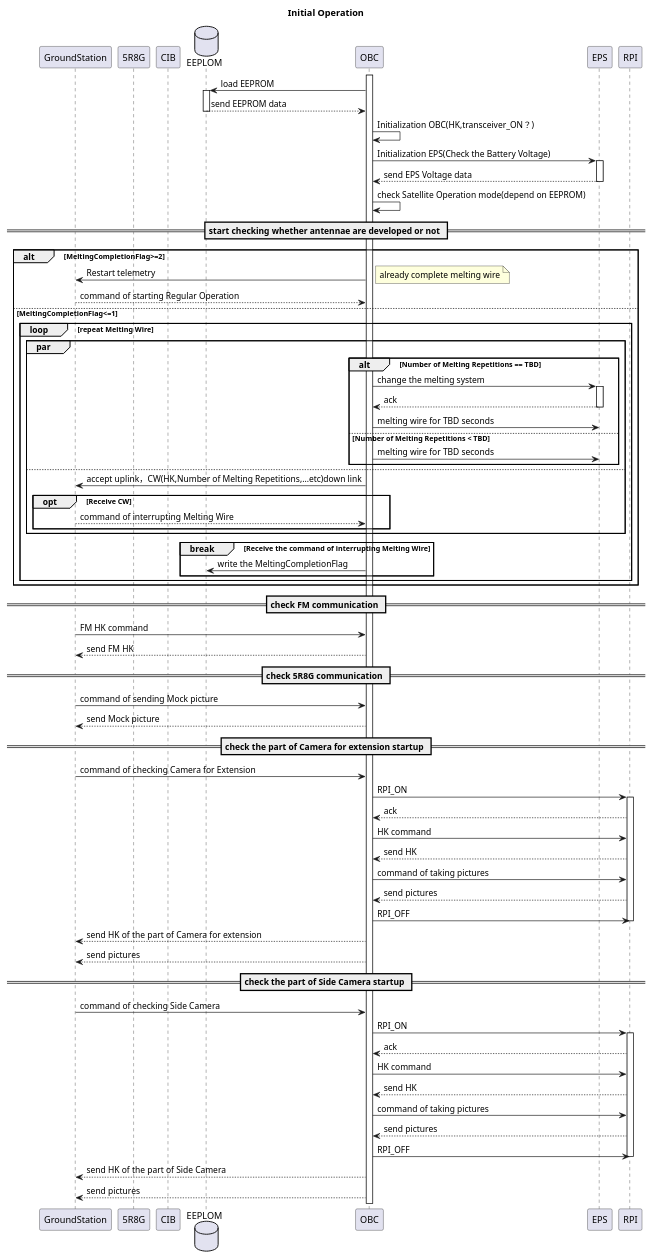
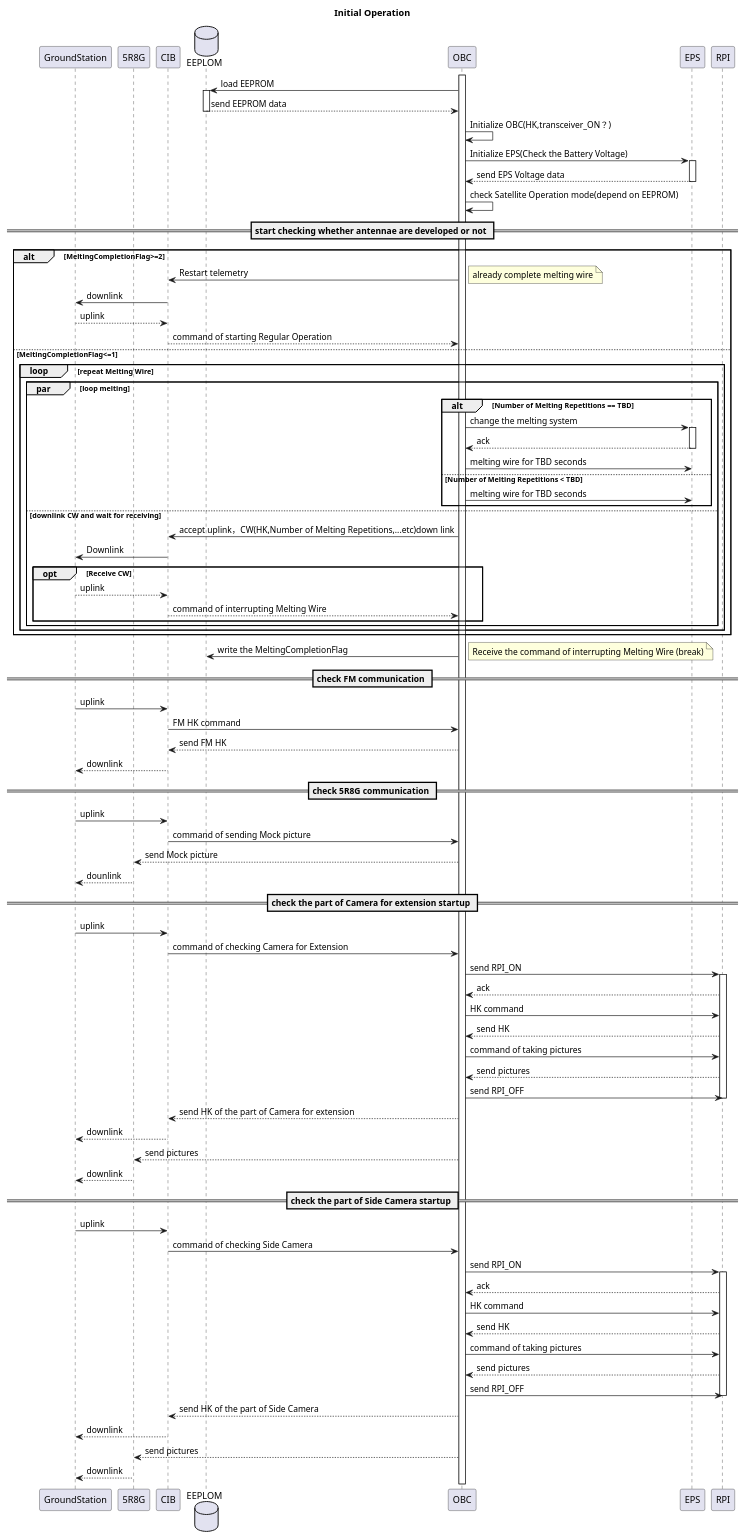
Before and after one commit to OrigamiSat1Project/Operation_UML: the diagram in sequence_map/plactice.pu, drawn with PlantUML. The commit also changed 2 other files, not shown here.

```diff
--- a/sequence_map/plactice.pu
+++ b/sequence_map/plactice.pu
@@ -1,98 +1,112 @@
 @startuml
 title Initial Operation
 participant GroundStation
 participant 5R8G
 participant CIB
 database EEPLOM
 participant OBC
 participant EPS
 participant RPI
 
 
 activate OBC
 
 OBC -> EEPLOM: load EEPROM
 activate EEPLOM
 EEPLOM --> OBC: send EEPROM data
 deactivate EEPLOM
-OBC -> OBC: Initialization OBC(HK,transceiver_ON？)
-OBC -> EPS: Initialization EPS(Check the Battery Voltage)
+OBC -> OBC: Initialize OBC(HK,transceiver_ON？)
+OBC -> EPS: Initialize EPS(Check the Battery Voltage)
 activate EPS
 EPS --> OBC: send EPS Voltage data 
 deactivate EPS
 OBC ->OBC: check Satellite Operation mode(depend on EEPROM)
 
 == start checking whether antennae are developed or not ==
 
 alt MeltingCompletionFlag>=2
-OBC -> GroundStation: Restart telemetry
+OBC -> CIB: Restart telemetry
 note right: already complete melting wire
-GroundStation --> OBC: command of starting Regular Operation
+CIB -> GroundStation: downlink
+GroundStation --> CIB: uplink
+CIB --> OBC: command of starting Regular Operation
 else MeltingCompletionFlag<=1
 loop repeat Melting Wire
-par 
+par loop melting
 alt Number of Melting Repetitions == TBD
 OBC -> EPS: change the melting system 
 activate EPS
 'SW
 EPS --> OBC: ack 
 deactivate EPS
 OBC -> EPS: melting wire for TBD seconds
 else Number of Melting Repetitions < TBD
 OBC -> EPS: melting wire for TBD seconds
 end
-else
-OBC -> GroundStation: accept uplink，CW(HK,Number of Melting Repetitions,...etc)down link 
+else downlink CW and wait for receiving
+OBC -> CIB: accept uplink，CW(HK,Number of Melting Repetitions,...etc)down link 
+CIB -> GroundStation: Downlink
 opt Receive CW
-GroundStation --> OBC: command of interrupting Melting Wire 
+GroundStation --> CIB: uplink
+CIB --> OBC:  command of interrupting Melting Wire
 end
-end
-break Receive the command of interrupting Melting Wire
-OBC -> EEPLOM: write the MeltingCompletionFlag 
 end
 end
 end
 
+OBC -> EEPLOM: write the MeltingCompletionFlag 
+note right: Receive the command of interrupting Melting Wire (break)
+
 == check FM communication ==
 
-GroundStation -> OBC : FM HK command 
-OBC --> GroundStation: send FM HK
+GroundStation -> CIB: uplink
+CIB -> OBC : FM HK command 
+OBC --> CIB: send FM HK
+CIB --> GroundStation: downlink
 
 == check 5R8G communication ==
 
-GroundStation -> OBC: command of sending Mock picture
-OBC --> GroundStation: send Mock picture
+GroundStation -> CIB: uplink
+CIB -> OBC: command of sending Mock picture
+OBC --> 5R8G: send Mock picture
+5R8G --> GroundStation: dounlink
 
 == check the part of Camera for extension startup ==
 
-GroundStation -> OBC: command of checking Camera for Extension 
-OBC -> RPI: RPI_ON
+GroundStation -> CIB: uplink
+CIB -> OBC: command of checking Camera for Extension 
+OBC -> RPI: send RPI_ON
 activate RPI
 RPI --> OBC: ack 
 OBC -> RPI: HK command 
 RPI --> OBC: send HK 
 OBC -> RPI: command of taking pictures 
 RPI --> OBC: send pictures 
-OBC -> RPI: RPI_OFF 
+OBC -> RPI: send RPI_OFF 
 deactivate RPI
 
-OBC --> GroundStation: send HK of the part of Camera for extension 
-OBC --> GroundStation: send pictures 
+OBC --> CIB: send HK of the part of Camera for extension 
+CIB --> GroundStation: downlink
+OBC --> 5R8G: send pictures
+5R8G --> GroundStation: downlink 
 
 == check the part of Side Camera startup ==
 
-GroundStation -> OBC: command of checking Side Camera 
-OBC -> RPI: RPI_ON 
+GroundStation -> CIB: uplink
+CIB -> OBC: command of checking Side Camera 
+OBC -> RPI: send RPI_ON 
 activate RPI
 RPI --> OBC: ack 
 OBC -> RPI: HK command 
 RPI --> OBC: send HK 
 OBC -> RPI: command of taking pictures 
 RPI --> OBC: send pictures 
-OBC -> RPI: RPI_OFF 
+OBC -> RPI: send RPI_OFF 
 deactivate RPI
 
-OBC --> GroundStation: send HK of the part of Side Camera 
-OBC --> GroundStation: send pictures 
+OBC --> CIB: send HK of the part of Side Camera 
+CIB --> GroundStation: downlink
+OBC --> 5R8G: send pictures
+5R8G --> GroundStation:downlink 
 
 @enduml
```
